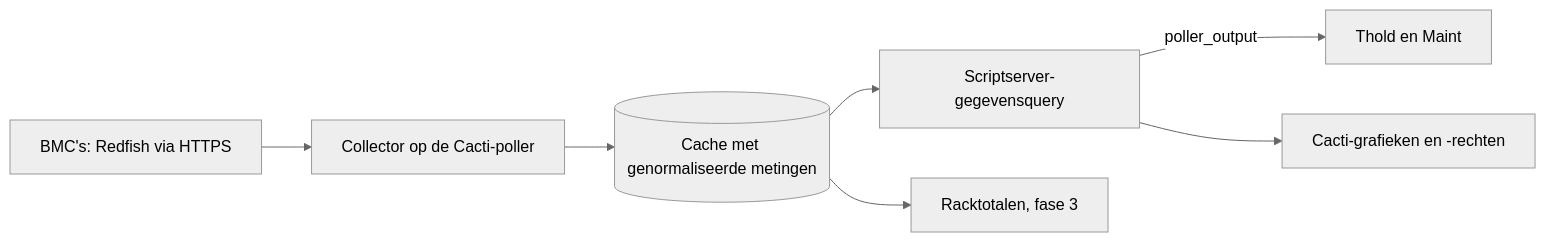
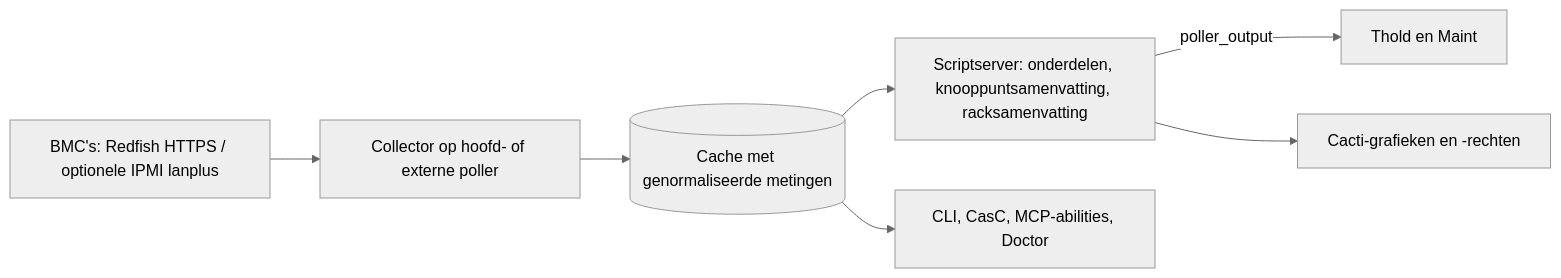
Before and after one commit to somethingwithproof/plugin_redfish: the diagram in docs/i18n/nl-NL/README.md, drawn with Mermaid (neutral theme). The commit also changed other lines of this file and 47 other files, not shown here.

````diff
--- a/docs/i18n/nl-NL/README.md
+++ b/docs/i18n/nl-NL/README.md
@@ -90,9 +140,9 @@
 ```mermaid
 flowchart LR
-    BMC["BMC's: Redfish via HTTPS"] --> C[Collector op de Cacti-poller]
+    BMC["BMC's: Redfish HTTPS / optionele IPMI lanplus"] --> C[Collector op hoofd- of externe poller]
     C --> CACHE[(Cache met genormaliseerde metingen)]
-    CACHE --> SS[Scriptserver-gegevensquery]
+    CACHE --> SS["Scriptserver: onderdelen, knooppuntsamenvatting, racksamenvatting"]
     SS -->|poller_output| T[Thold en Maint]
     SS --> G[Cacti-grafieken en -rechten]
-    CACHE --> R[Racktotalen, fase 3]
+    CACHE --> ECO["CLI, CasC, MCP-abilities, Doctor"]
 ```
````
